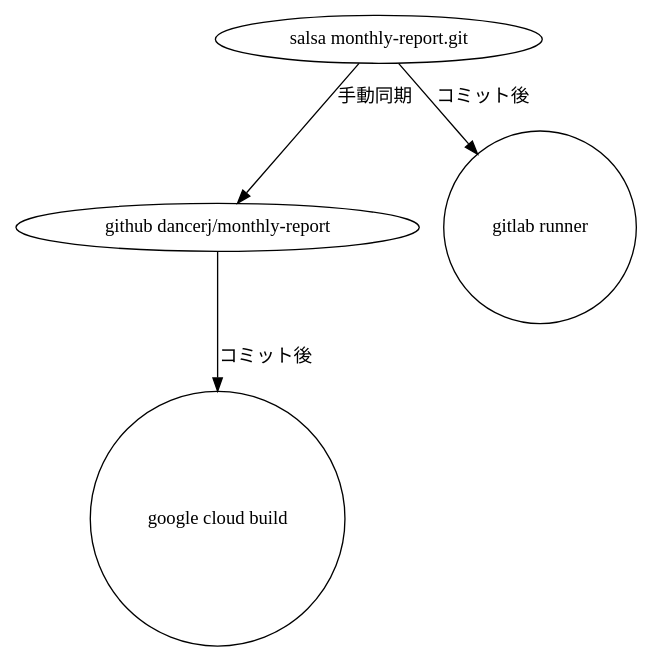
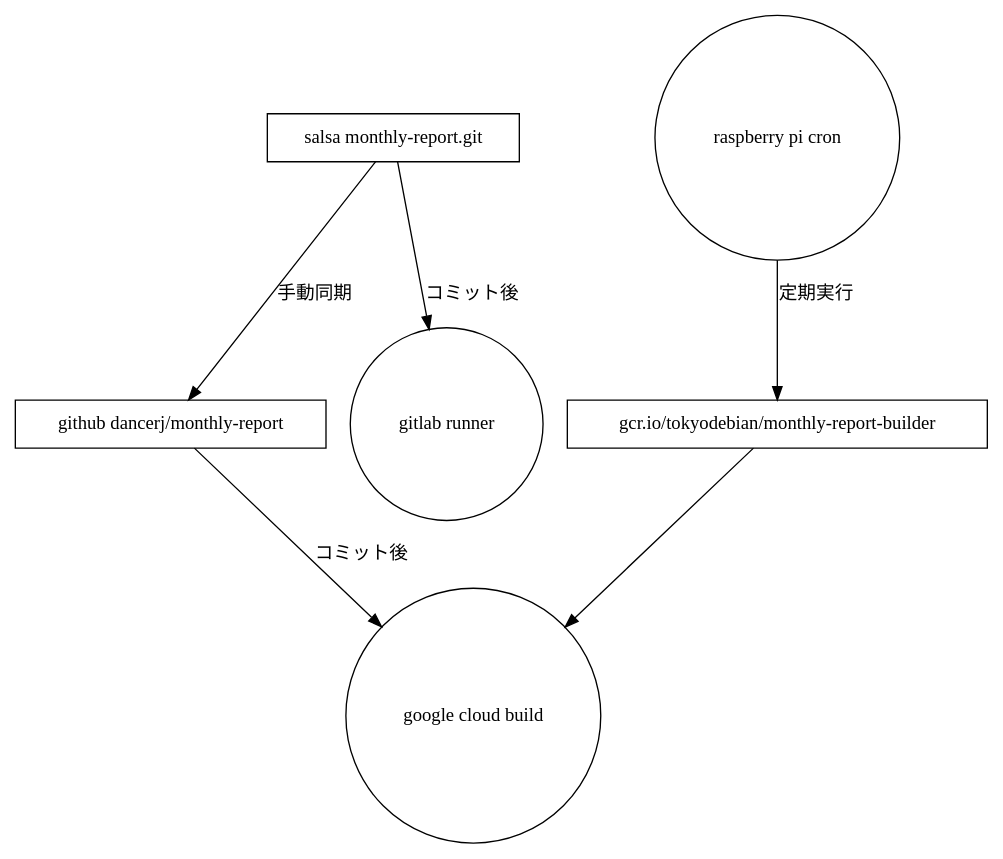
The diagram in 2020/image202011/debci.dot (dancerj/monthly-report), drawn with Graphviz before and after one commit. The commit also changed 2 other files, not shown here.

```diff
--- a/2020/image202011/debci.dot
+++ b/2020/image202011/debci.dot
@@ -1,12 +1,16 @@
 // (shell-command "dot debci.dot -T png > debci.png")
 
 digraph structure {
-  salsa [label="salsa monthly-report.git"]
-  github [label="github dancerj/monthly-report"]
+  salsa [label="salsa monthly-report.git" shape=box]
+  github [label="github dancerj/monthly-report" shape=box]
   cloudbuild [shape=circle label="google cloud build"]
   gitlabrunner [shape=circle label="gitlab runner"]
+  raspberrypi [shape=circle label="raspberry pi cron"]
 
   salsa -> github [label="手動同期"]
+  raspberrypi -> dockerimage [label="定期実行"]
+  dockerimage -> cloudbuild
+  dockerimage [ label="gcr.io/tokyodebian/monthly-report-builder" shape=box]
   github -> cloudbuild [label="コミット後"]
   salsa -> gitlabrunner [label="コミット後"]
 }
```
